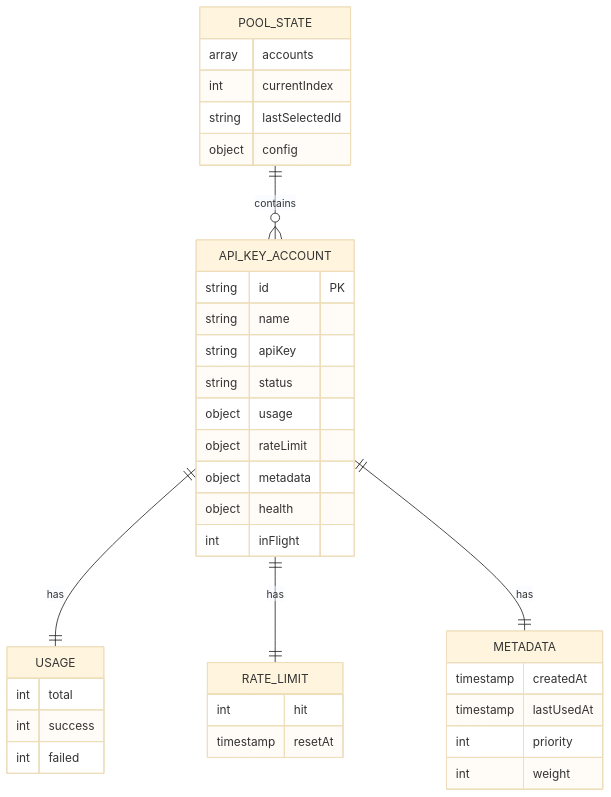
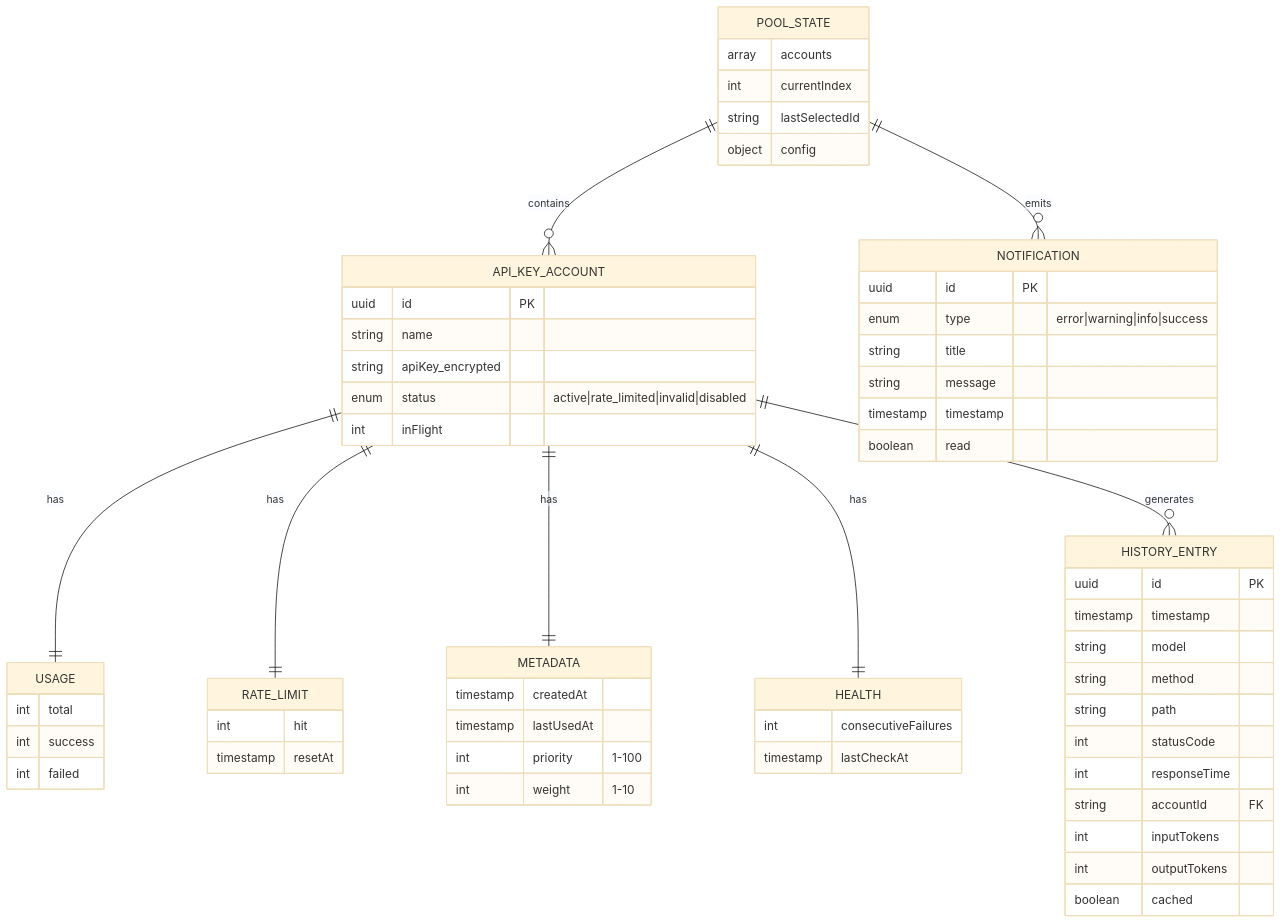
One commit to el-pablos/claude-api changed the second of 2 diagrams in README.md. Above: the diagram before and after it, drawn with Mermaid (base theme). The commit also changed other lines of this file, not shown here.

First line of the commit message:
update: readme overhaul 2900 kata lengkap arsitektur flowchart erd docker guide dan api reference

````diff
--- a/README.md
+++ b/README.md
@@ -99,44 +210,71 @@
 ```mermaid
 erDiagram
     POOL_STATE {
         array accounts
         int currentIndex
         string lastSelectedId
         object config
     }
 
     API_KEY_ACCOUNT {
-        string id PK
+        uuid id PK
         string name
-        string apiKey
-        string status
-        object usage
-        object rateLimit
-        object metadata
-        object health
+        string apiKey_encrypted
+        enum status "active|rate_limited|invalid|disabled"
         int inFlight
     }
 
     USAGE {
         int total
         int success
         int failed
     }
 
     RATE_LIMIT {
         int hit
         timestamp resetAt
     }
 
     METADATA {
         timestamp createdAt
         timestamp lastUsedAt
-        int priority
-        int weight
+        int priority "1-100"
+        int weight "1-10"
+    }
+
+    HEALTH {
+        int consecutiveFailures
+        timestamp lastCheckAt
+    }
+
+    HISTORY_ENTRY {
+        uuid id PK
+        timestamp timestamp
+        string model
+        string method
+        string path
+        int statusCode
+        int responseTime
+        string accountId FK
+        int inputTokens
+        int outputTokens
+        boolean cached
+    }
+
+    NOTIFICATION {
+        uuid id PK
+        enum type "error|warning|info|success"
+        string title
+        string message
+        timestamp timestamp
+        boolean read
     }
 
     POOL_STATE ||--o{ API_KEY_ACCOUNT : contains
     API_KEY_ACCOUNT ||--|| USAGE : has
     API_KEY_ACCOUNT ||--|| RATE_LIMIT : has
     API_KEY_ACCOUNT ||--|| METADATA : has
+    API_KEY_ACCOUNT ||--|| HEALTH : has
+    API_KEY_ACCOUNT ||--o{ HISTORY_ENTRY : generates
+    POOL_STATE ||--o{ NOTIFICATION : emits
 ```
````
